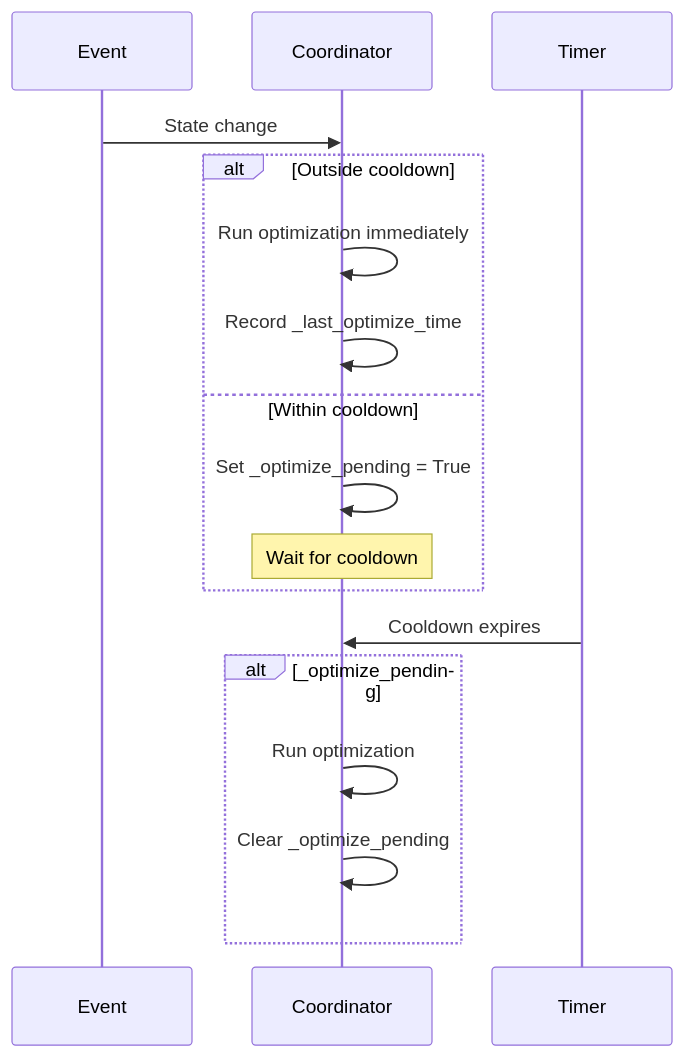
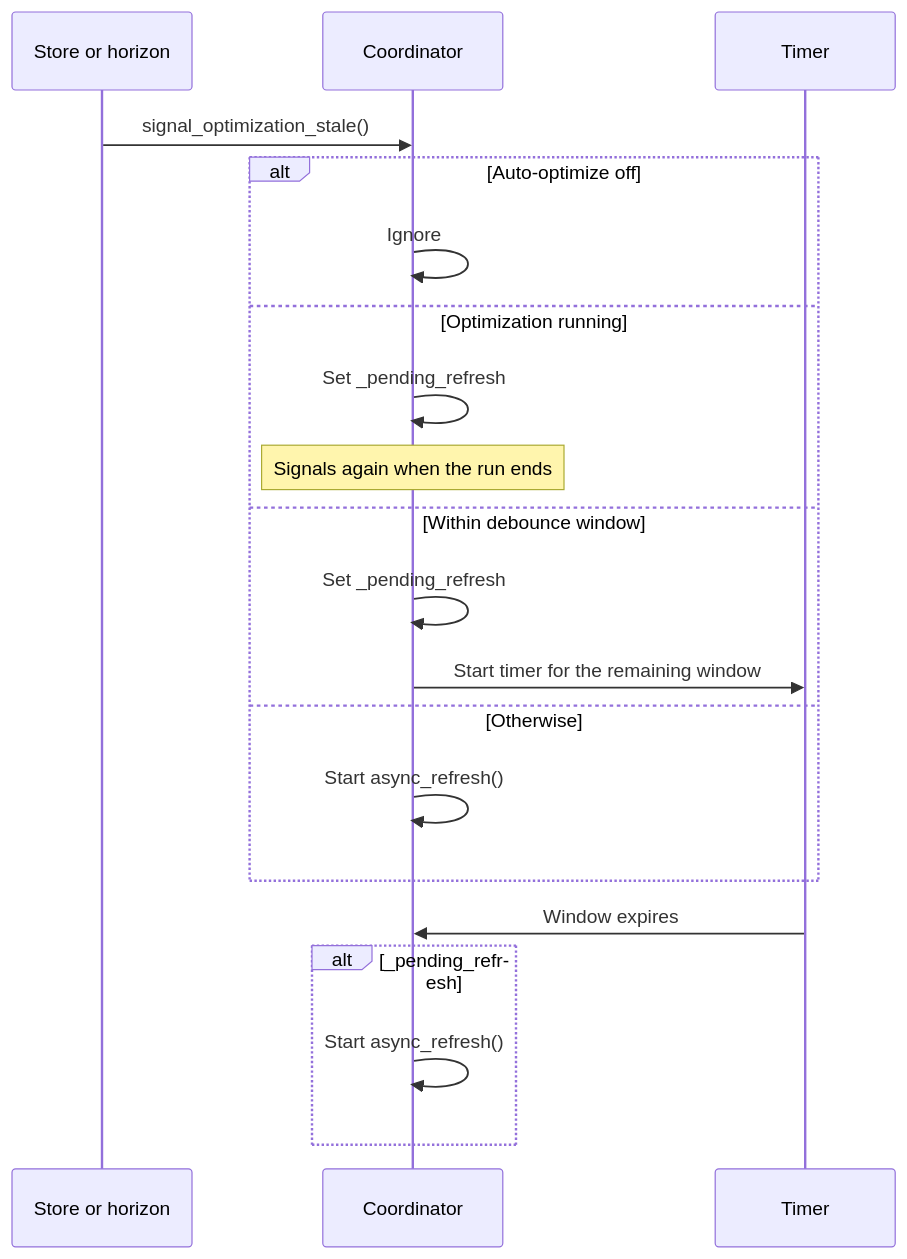
One commit to hass-energy/haeo changed the second of 2 diagrams in docs/developer-guide/coordinator.md. Above: the diagram before and after it, drawn with Mermaid. The commit also changed other lines of this file and 21 other files, not shown here.

````diff
--- a/docs/developer-guide/coordinator.md
+++ b/docs/developer-guide/coordinator.md
@@ -200,21 +92,24 @@
 ```mermaid
 sequenceDiagram
-    participant E as Event
+    participant E as Store or horizon
     participant C as Coordinator
     participant Timer
 
-    E->>C: State change
-    alt Outside cooldown
-        C->>C: Run optimization immediately
-        C->>C: Record _last_optimize_time
-    else Within cooldown
-        C->>C: Set _optimize_pending = True
-        Note over C: Wait for cooldown
+    E->>C: signal_optimization_stale()
+    alt Auto-optimize off
+        C->>C: Ignore
+    else Optimization running
+        C->>C: Set _pending_refresh
+        Note over C: Signals again when the run ends
+    else Within debounce window
+        C->>C: Set _pending_refresh
+        C->>Timer: Start timer for the remaining window
+    else Otherwise
+        C->>C: Start async_refresh()
     end
 
-    Timer->>C: Cooldown expires
-    alt _optimize_pending
-        C->>C: Run optimization
-        C->>C: Clear _optimize_pending
+    Timer->>C: Window expires
+    alt _pending_refresh
+        C->>C: Start async_refresh()
     end
 ```
````
